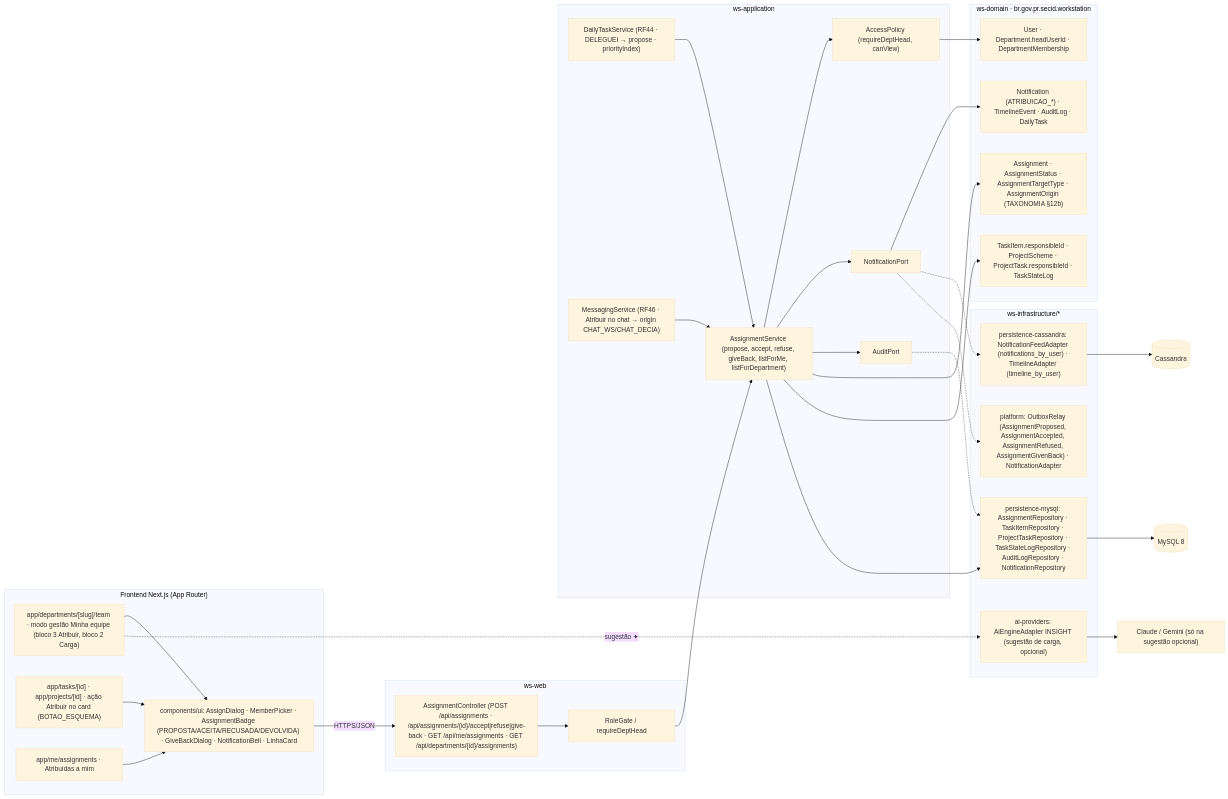
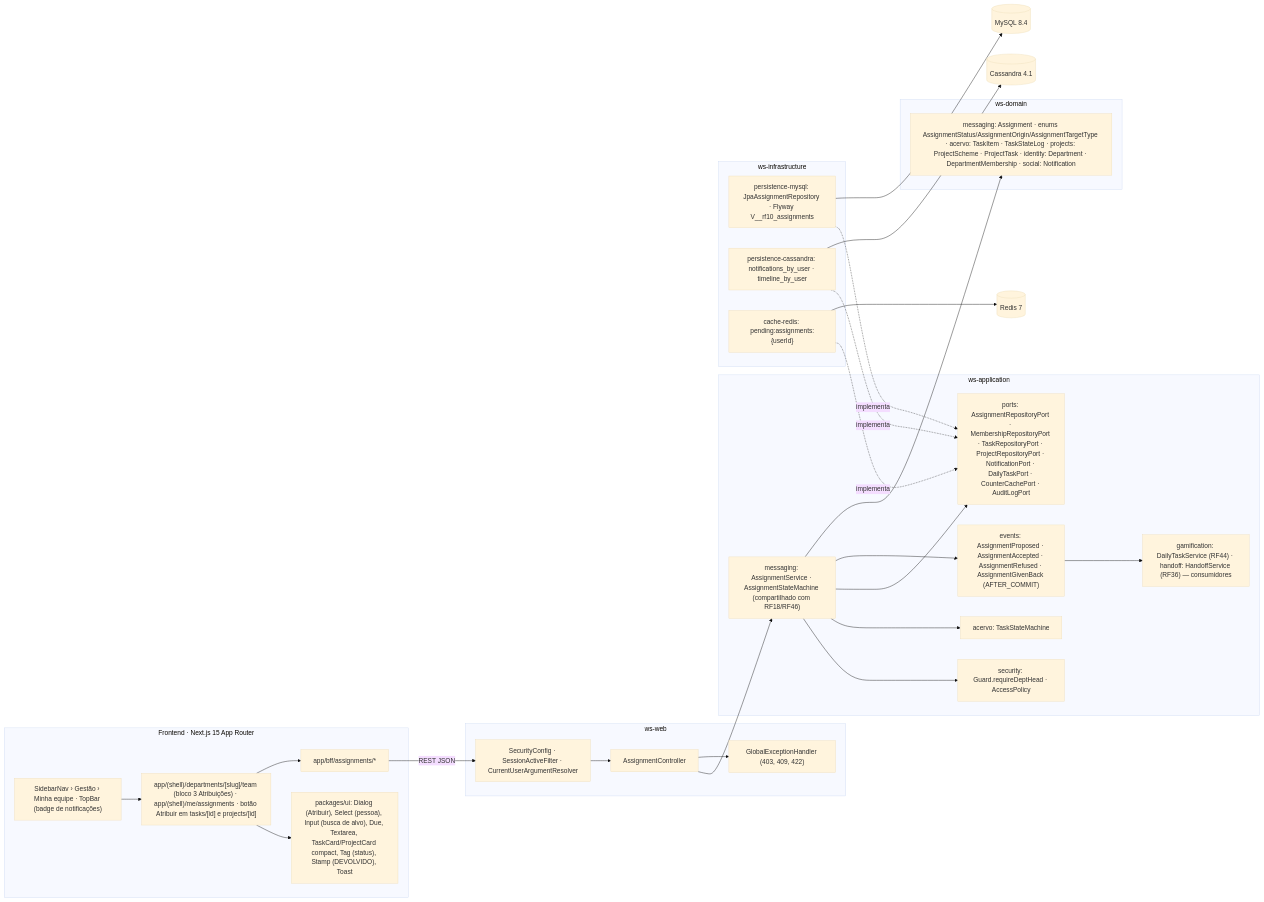
One commit to MatheusHaliski/Decia-app-2026 changed the fifth of 5 diagrams in docs/diagramas/RF10/README.md. Above: the diagram before and after it, drawn with Mermaid (base theme). The commit also changed other lines of this file, not shown here.

First line of the commit message:
docs(rf10): reescreve os 5 diagramas da atribuição pelo chefe (Assignment)

````diff
--- a/docs/diagramas/RF10/README.md
+++ b/docs/diagramas/RF10/README.md
@@ -430,62 +414,48 @@
 ```mermaid
 flowchart LR
-  subgraph FE["Frontend Next.js (App Router)"]
-    F1["app/departments/[slug]/team · modo gestão Minha equipe (bloco 3 Atribuir, bloco 2 Carga)"]
-    F2["app/tasks/[id] · app/projects/[id] · ação Atribuir no card (BOTAO_ESQUEMA)"]
-    F3["app/me/assignments · Atribuídas a mim"]
-    F4["components/ui: AssignDialog · MemberPicker · AssignmentBadge (PROPOSTA/ACEITA/RECUSADA/DEVOLVIDA) · GiveBackDialog · NotificationBell · LinhaCard"]
+  subgraph FE["Frontend · Next.js 15 App Router"]
+    PG["app/(shell)/departments/[slug]/team (bloco 3 Atribuições) · app/(shell)/me/assignments · botão Atribuir em tasks/[id] e projects/[id]"]
+    UI["packages/ui: Dialog (Atribuir), Select (pessoa), Input (busca de alvo), Due, Textarea, TaskCard/ProjectCard compact, Tag (status), Stamp (DEVOLVIDO), Toast"]
+    SN["SidebarNav › Gestão › Minha equipe · TopBar (badge de notificações)"]
+    BFF["app/bff/assignments/*"]
+    PG --> UI
+    PG --> BFF
+    SN --> PG
+  end
+  subgraph WSWEB["ws-web"]
+    SEC["SecurityConfig · SessionActiveFilter · CurrentUserArgumentResolver"]
+    AC["AssignmentController"]
+    GEH["GlobalExceptionHandler (403, 409, 422)"]
+  end
+  subgraph WSAPP["ws-application"]
+    AS["messaging: AssignmentService · AssignmentStateMachine (compartilhado com RF18/RF46)"]
+    SECU["security: Guard.requireDeptHead · AccessPolicy"]
+    ACV["acervo: TaskStateMachine"]
+    PORTS["ports: AssignmentRepositoryPort · MembershipRepositoryPort · TaskRepositoryPort · ProjectRepositoryPort · NotificationPort · DailyTaskPort · CounterCachePort · AuditLogPort"]
+    EVT["events: AssignmentProposed · AssignmentAccepted · AssignmentRefused · AssignmentGivenBack (AFTER_COMMIT)"]
+    GAM["gamification: DailyTaskService (RF44) · handoff: HandoffService (RF36) — consumidores"]
+    AS --> SECU
+    AS --> ACV
+    AS --> PORTS
+    AS --> EVT
+    EVT --> GAM
+  end
+  subgraph WSDOM["ws-domain"]
+    DOM["messaging: Assignment · enums AssignmentStatus/AssignmentOrigin/AssignmentTargetType · acervo: TaskItem · TaskStateLog · projects: ProjectScheme · ProjectTask · identity: Department · DepartmentMembership · social: Notification"]
+  end
+  subgraph INFRA["ws-infrastructure"]
+    MY["persistence-mysql: JpaAssignmentRepository · Flyway V__rf10_assignments"]
+    CAS["persistence-cassandra: notifications_by_user · timeline_by_user"]
+    RDS["cache-redis: pending:assignments:{userId}"]
   end
 
-  subgraph WEB["ws-web"]
-    C1["AssignmentController (POST /api/assignments · /api/assignments/{id}/accept|refuse|give-back · GET /api/me/assignments · GET /api/departments/{id}/assignments)"]
-    C2["RoleGate / requireDeptHead"]
-  end
-
-  subgraph APP["ws-application"]
-    S1["AssignmentService (propose, accept, refuse, giveBack, listForMe, listForDepartment)"]
-    S2["AccessPolicy (requireDeptHead, canView)"]
-    S3["DailyTaskService (RF44 · DELEGUEI → propose · priorityIndex)"]
-    S4["MessagingService (RF46 · Atribuir no chat → origin CHAT_WS/CHAT_DECIA)"]
-    P1["NotificationPort"]
-    P2["AuditPort"]
-  end
-
-  subgraph DOM["ws-domain · br.gov.pr.secid.workstation"]
-    D1["Assignment · AssignmentStatus · AssignmentTargetType · AssignmentOrigin (TAXONOMIA §12b)"]
-    D2["TaskItem.responsibleId · ProjectScheme · ProjectTask.responsibleId · TaskStateLog"]
-    D3["User · Department.headUserId · DepartmentMembership"]
-    D4["Notification (ATRIBUICAO_*) · TimelineEvent · AuditLog · DailyTask"]
-  end
-
-  subgraph INFRA["ws-infrastructure/*"]
-    I1["persistence-mysql: AssignmentRepository · TaskItemRepository · ProjectTaskRepository · TaskStateLogRepository · AuditLogRepository · NotificationRepository"]
-    I2["persistence-cassandra: NotificationFeedAdapter (notifications_by_user) · TimelineAdapter (timeline_by_user)"]
-    I3["platform: OutboxRelay (AssignmentProposed, AssignmentAccepted, AssignmentRefused, AssignmentGivenBack) · NotificationAdapter"]
-    I4["ai-providers: AiEngineAdapter INSIGHT (sugestão de carga, opcional)"]
-  end
-
-  MY[("MySQL 8")]
-  CA[("Cassandra")]
-  X1["Claude / Gemini (só na sugestão opcional)"]
-
-  F1 --> F4
-  F2 --> F4
-  F3 --> F4
-  F4 -->|"HTTPS/JSON"| C1 --> C2 --> S1
-  S1 --> S2
-  S3 --> S1
-  S4 --> S1
-  S1 --> P1
-  S1 --> P2
-  S1 --> D1
-  S1 --> D2
-  S2 --> D3
-  P1 --> D4
-  S1 --> I1
-  P1 -.-> I2
-  P1 -.-> I3
-  P2 -.-> I1
-  F1 -. "sugestão ✦" .-> I4 --> X1
-  I1 --> MY
-  I2 --> CA
+  BFF -->|"REST JSON"| SEC --> AC --> AS
+  AC --> GEH
+  MY -.implementa.-> PORTS
+  CAS -.implementa.-> PORTS
+  RDS -.implementa.-> PORTS
+  AS --> DOM
+  MY --> DB[("MySQL 8.4")]
+  CAS --> CDB[("Cassandra 4.1")]
+  RDS --> RD[("Redis 7")]
 ```
````
